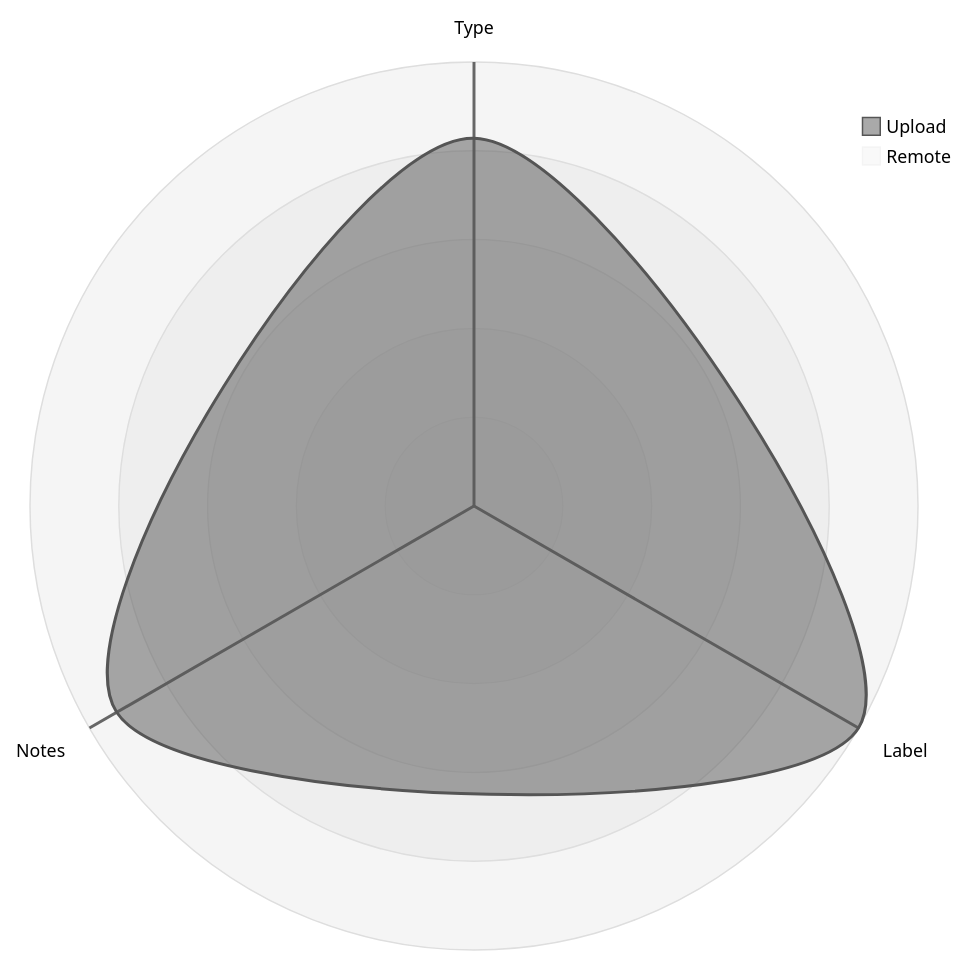
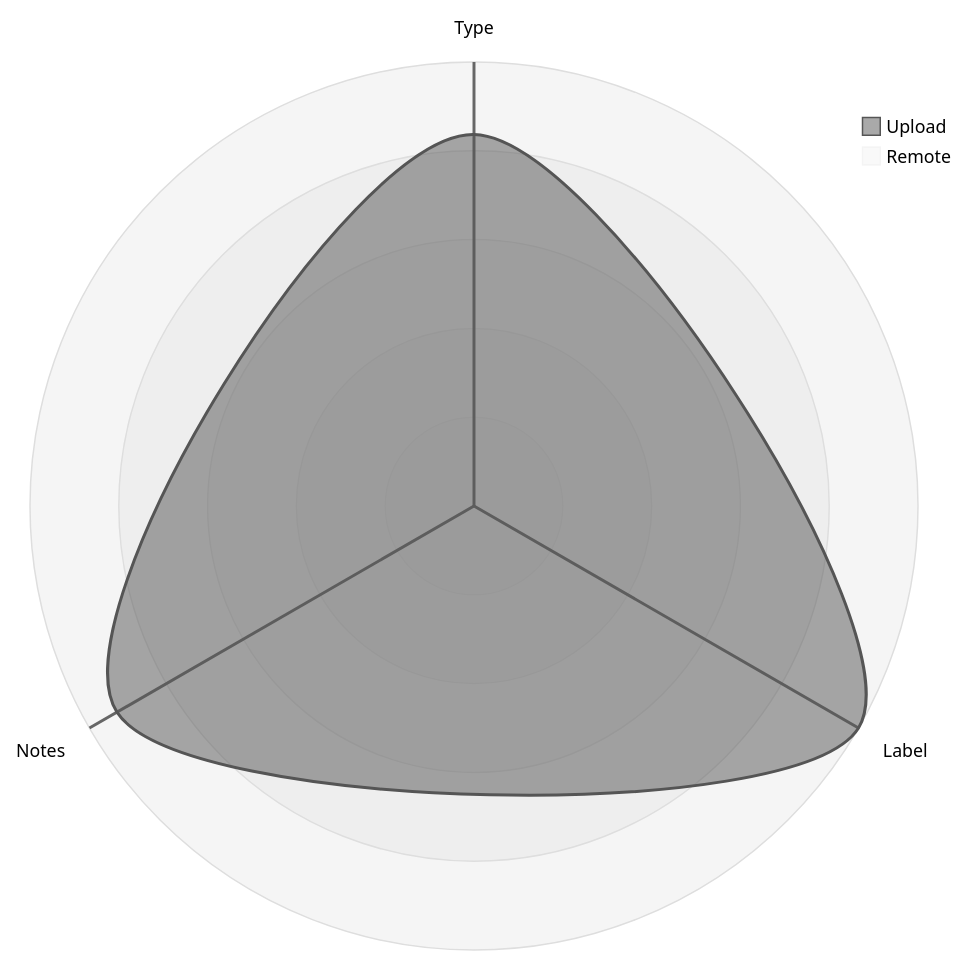
One commit to open-data/analytics-corporate-reporting changed the third of 5 diagrams in datastore_tracker/README.md. Above: the diagram before and after it, drawn with Mermaid (neutral theme). The commit also changed other lines of this file and 11 other files, not shown here.

````diff
--- a/datastore_tracker/README.md
+++ b/datastore_tracker/README.md
@@ -106,12 +106,12 @@
 ```mermaid
 radar-beta
   axis T["Type"], L["Label"], N["Notes"]
-  curve u["Upload"]{0.00082, 0.00099, 0.00092}
+  curve u["Upload"]{0.00082, 0.00098, 0.00091}
   curve r["Remote"]{0, 0, 0}
 
   showLegend true
 
   min 0
   graticule circle
   ticks 5
 ```
````
